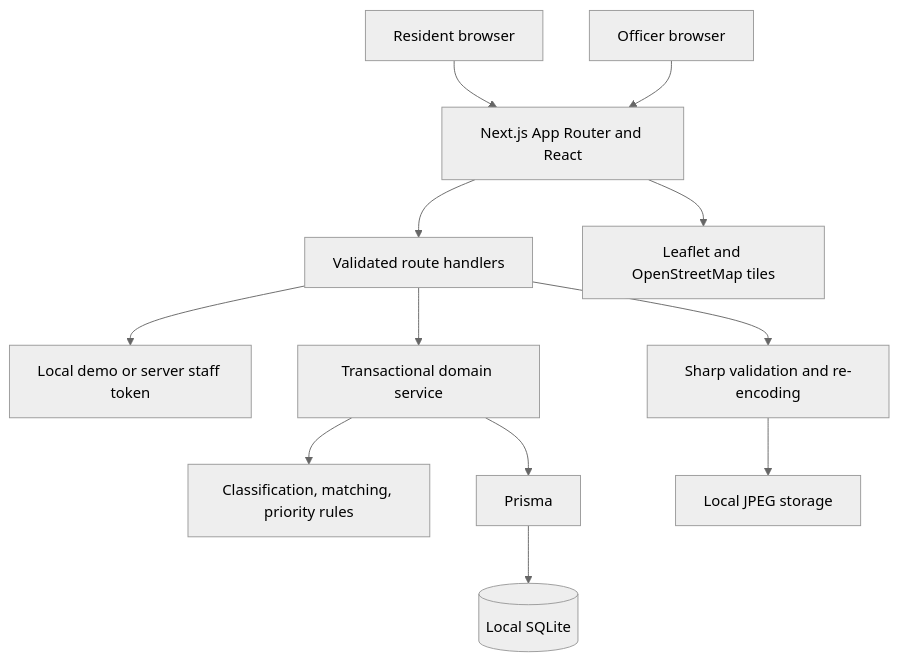
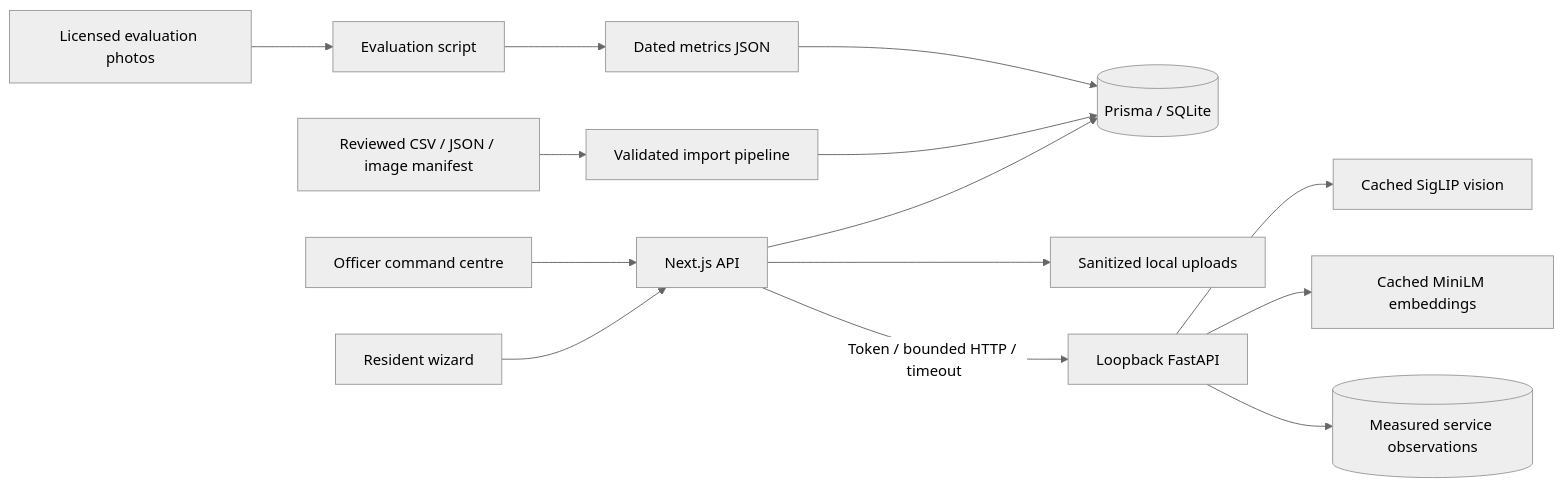
One commit to Advaith-Ganesh/CIVIQ changed the diagram in README.md. Above: the diagram before and after it, drawn with Mermaid (neutral theme). The commit also changed other lines of this file and 67 other files, not shown here.

````diff
--- a/README.md
+++ b/README.md
@@ -89,14 +58,16 @@
 ```mermaid
-flowchart TB
-  R[Resident browser] --> UI[Next.js App Router and React]
-  O[Officer browser] --> UI
-  UI --> API[Validated route handlers]
-  API --> AUTH[Local demo or server staff token]
-  API --> SVC[Transactional domain service]
-  SVC --> RULES[Classification, matching, priority rules]
-  SVC --> ORM[Prisma]
-  ORM --> DB[(Local SQLite)]
-  API --> IMG[Sharp validation and re-encoding]
-  IMG --> DISK[Local JPEG storage]
-  UI --> MAP[Leaflet and OpenStreetMap tiles]
+flowchart LR
+  R[Resident wizard] --> N[Next.js API]
+  O[Officer command centre] --> N
+  N --> D[(Prisma / SQLite)]
+  N --> U[Sanitized local uploads]
+  N -->|Token / bounded HTTP / timeout| F[Loopback FastAPI]
+  F --> V[Cached SigLIP vision]
+  F --> T[Cached MiniLM embeddings]
+  F --> M[(Measured service observations)]
+  S[Reviewed CSV / JSON / image manifest] --> I[Validated import pipeline]
+  I --> D
+  E[Licensed evaluation photos] --> Q[Evaluation script]
+  Q --> J[Dated metrics JSON]
+  J --> D
 ```
````
